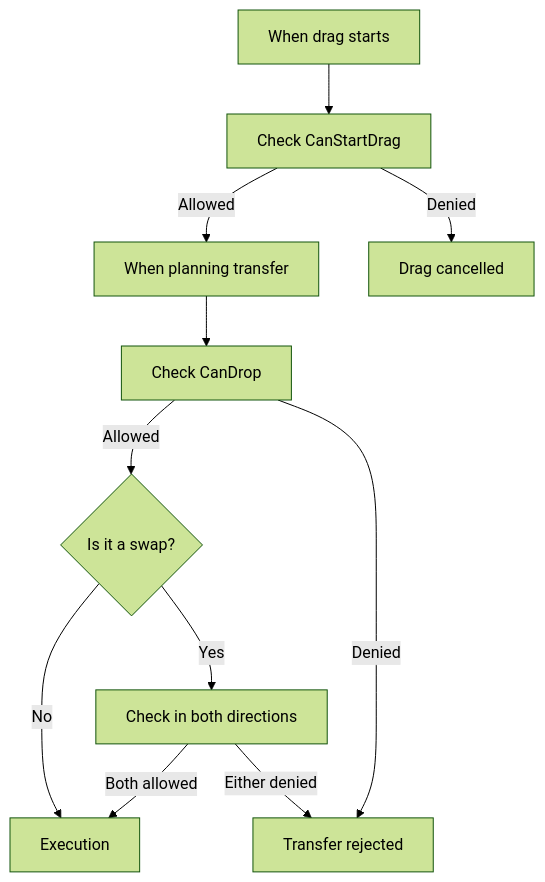
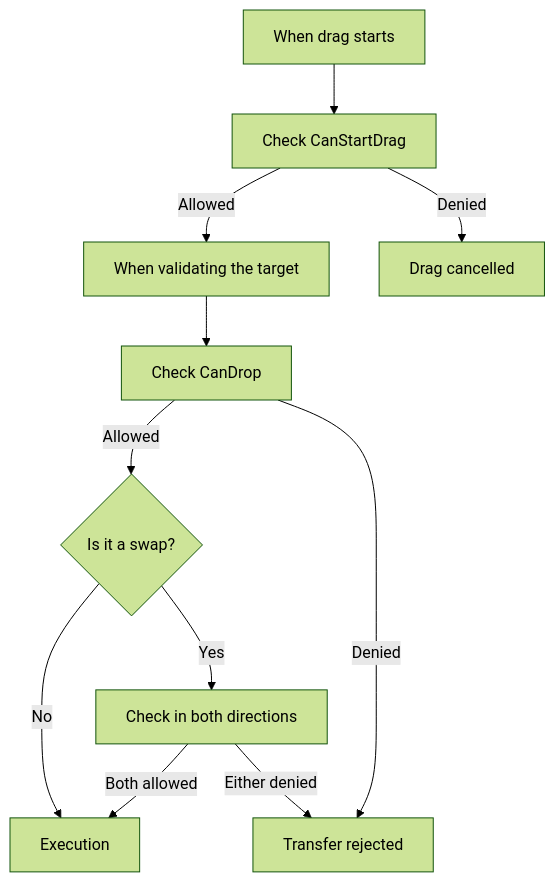
Before and after one commit to SergeevSergey99/DragAndDropSystem-Docs: the third of 3 diagrams in .docs/content/architecture/rules.en.md, drawn with Mermaid (forest theme). The commit also changed other lines of this file and 15 other files, not shown here.

````diff
--- a/.docs/content/architecture/rules.en.md
+++ b/.docs/content/architecture/rules.en.md
@@ -117,16 +117,16 @@
 ```mermaid
 flowchart TD
     START["When drag starts"] --> CHECK1["Check CanStartDrag"]
-    CHECK1 -->|Allowed| PLAN["When planning transfer"]
+    CHECK1 -->|Allowed| PLAN["When validating the target"]
     CHECK1 -->|Denied| CANCEL["Drag cancelled"]
 
     PLAN --> CHECK2["Check CanDrop"]
     CHECK2 -->|Allowed| SWAP{"Is it a swap?"}
     CHECK2 -->|Denied| REJECT["Transfer rejected"]
 
     SWAP -->|Yes| CHECK3["Check in both directions"]
     CHECK3 -->|Both allowed| EXEC["Execution"]
     CHECK3 -->|Either denied| REJECT
 
     SWAP -->|No| EXEC
 ```
````
